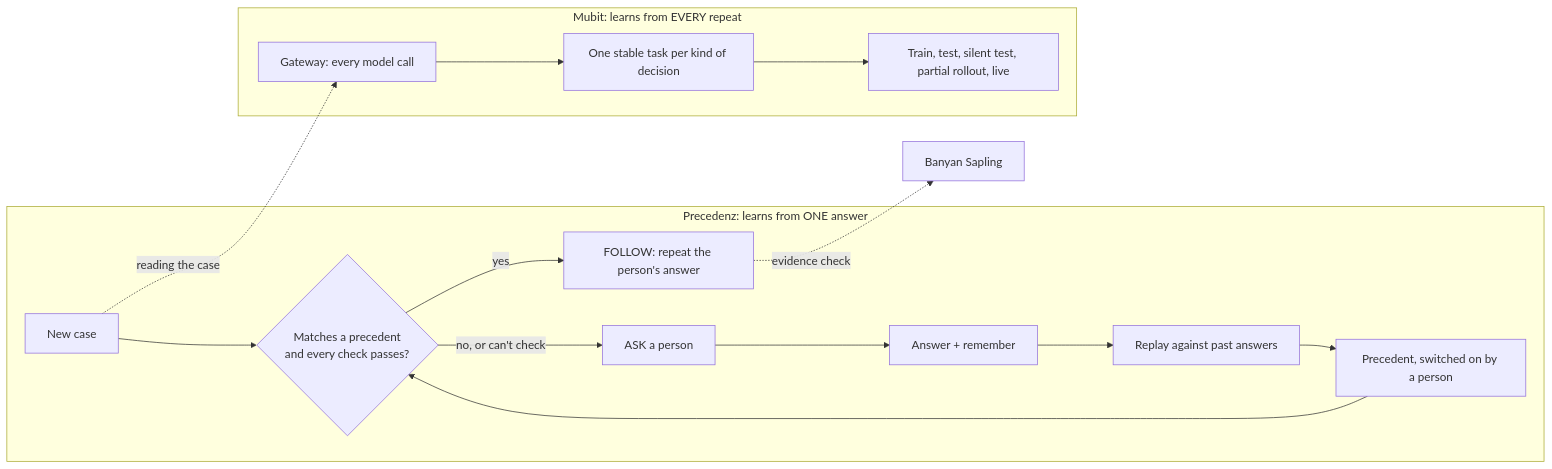
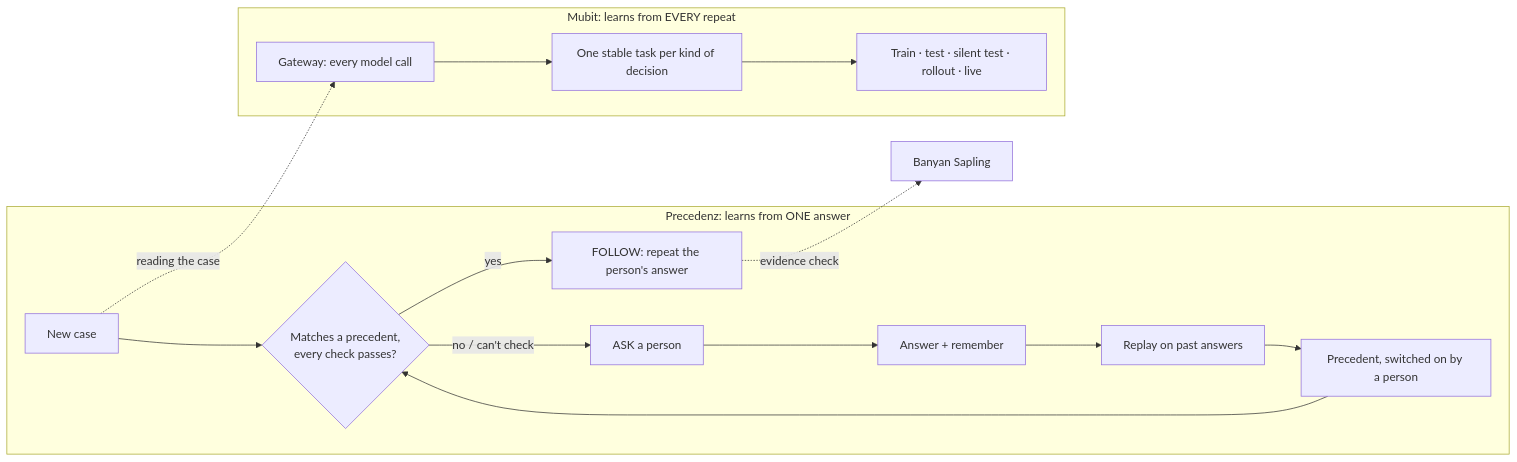
One commit to iamrohithrnair/mubithack changed the diagram in README.md. Above: the diagram before and after it, drawn with Mermaid. The commit also changed other lines of this file and 4 other files, not shown here.

First line of the commit message:
README: keep the architecture and proof sections, updated for Decide Once, and tighten

````diff
--- a/README.md
+++ b/README.md
@@ -53,18 +35,14 @@
 ```mermaid
 flowchart LR
   subgraph P["Precedenz: learns from ONE answer"]
-    Q[New case] --> M{Matches a precedent<br/>and every check passes?}
+    Q[New case] --> M{Matches a precedent,<br/>every check passes?}
     M -- yes --> F[FOLLOW: repeat the person's answer]
-    M -- "no, or can't check" --> A[ASK a person]
-    A --> R[Answer + remember]
-    R --> RP[Replay against past answers]
-    RP --> PR[Precedent, switched on by a person]
-    PR --> M
+    M -- "no / can't check" --> A[ASK a person]
+    A --> R[Answer + remember] --> RP[Replay on past answers] --> PR[Precedent, switched on by a person] --> M
   end
   subgraph MU["Mubit: learns from EVERY repeat"]
-    G[Gateway: every model call] --> T[One stable task per kind of decision]
-    T --> AD[Train, test, silent test, partial rollout, live]
+    G[Gateway: every model call] --> T[One stable task per kind of decision] --> AD[Train · test · silent test · rollout · live]
   end
   Q -. reading the case .-> G
   F -. evidence check .-> BS[Banyan Sapling]
 ```
````
